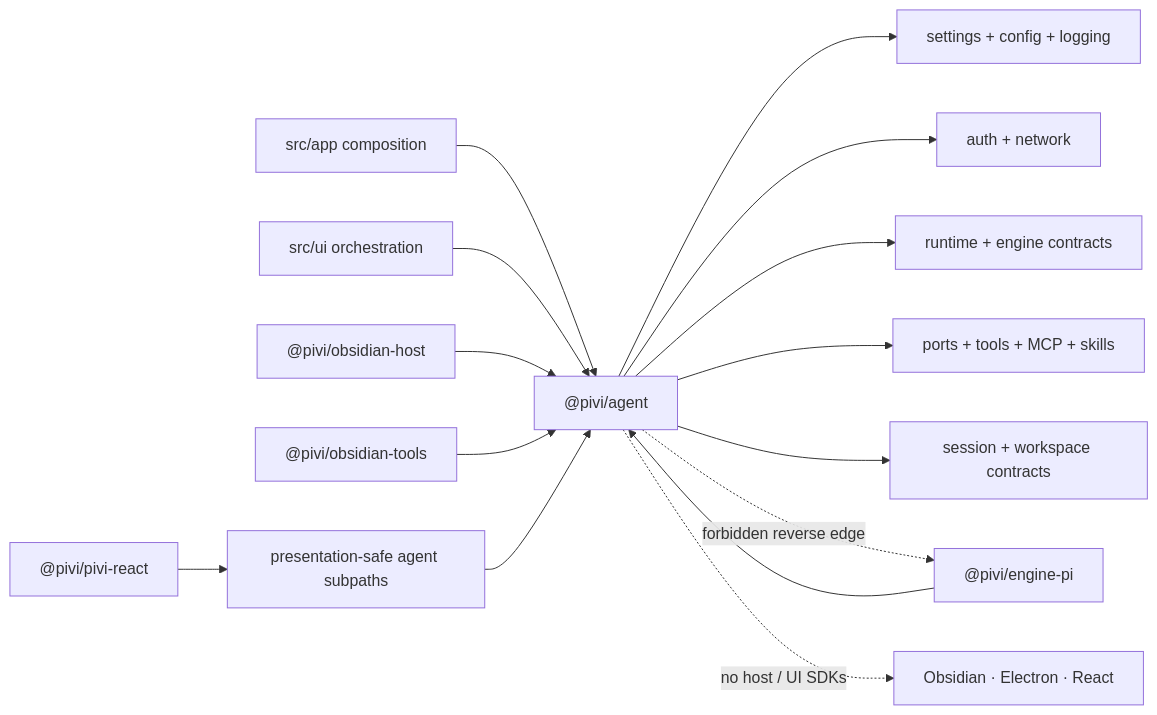
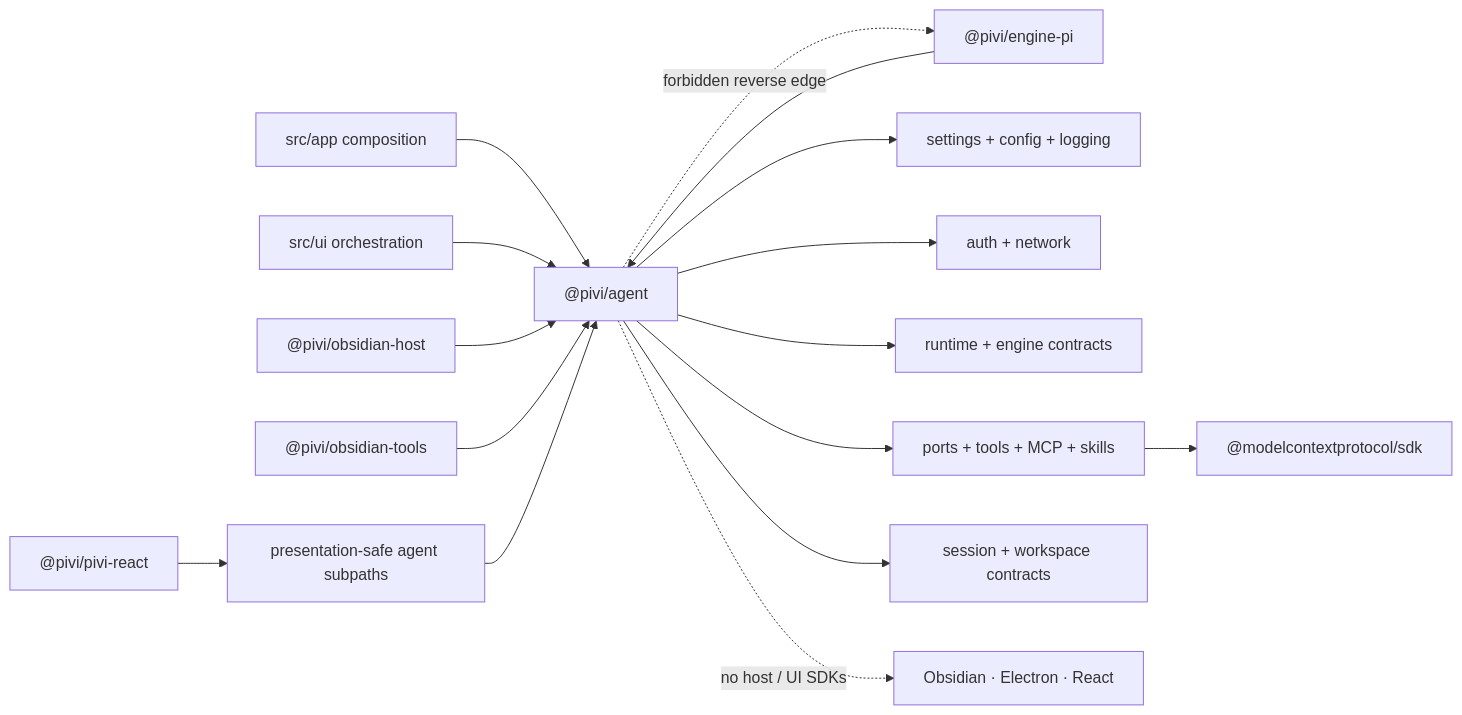
The diagram in packages/agent/AGENTS.md (shuuul/obsidian-pivi), drawn with Mermaid before and after one commit. The commit also changed other lines of this file and 79 other files, not shown here.

````diff
--- a/packages/agent/AGENTS.md
+++ b/packages/agent/AGENTS.md
@@ -11,17 +11,18 @@
 ```mermaid
 flowchart LR
   App["src/app composition"] --> Agent["@pivi/agent"]
   UI["src/ui orchestration"] --> Agent
   Engine["@pivi/engine-pi"] --> Agent
   Host["@pivi/obsidian-host"] --> Agent
   Tools["@pivi/obsidian-tools"] --> Agent
   ReactUI["@pivi/pivi-react"] --> Safe["presentation-safe agent subpaths"]
   Safe --> Agent
   Agent --> Configuration["settings + config + logging"]
   Agent --> Connectivity["auth + network"]
   Agent --> Runtime["runtime + engine contracts"]
   Agent --> Capabilities["ports + tools + MCP + skills"]
+  Capabilities --> McpSdk["@modelcontextprotocol/sdk"]
   Agent --> Persistence["session + workspace contracts"]
   Agent -. "forbidden reverse edge" .-> Engine
   Agent -. "no host / UI SDKs" .-> HostSDK["Obsidian · Electron · React"]
 ```
````
